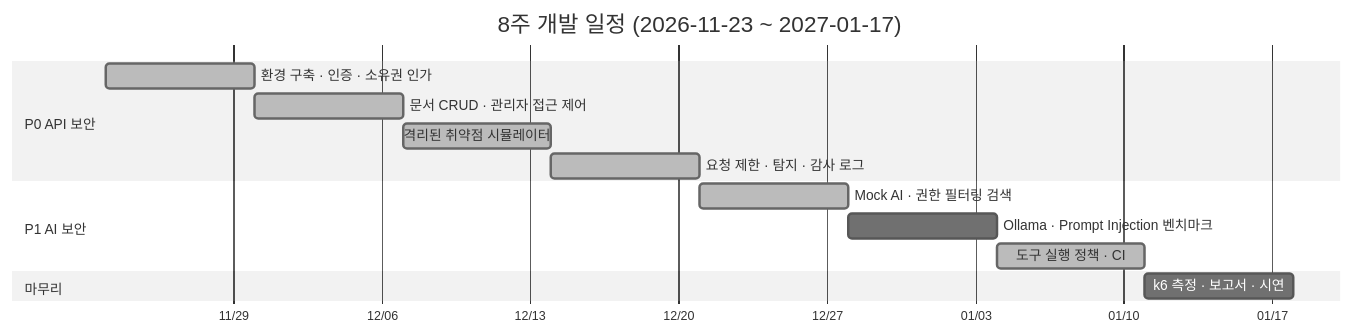
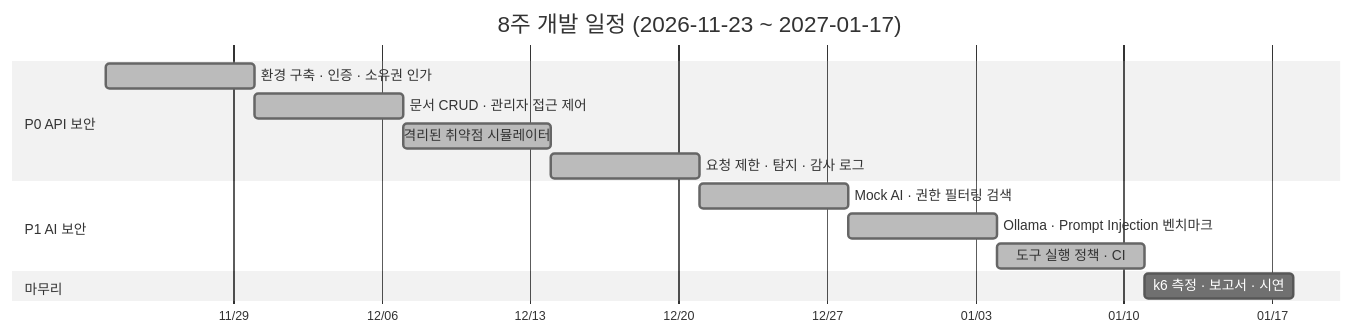
Before and after one commit to Ohhaeseo/securelab-ai: the second of 2 diagrams in README.md, drawn with Mermaid (neutral theme). The commit also changed other lines of this file and 10 other files, not shown here.

First line of the commit message:
6주차 완료: AI-01 간접 Prompt Injection 실측, ADR-0006

````diff
--- a/README.md
+++ b/README.md
@@ -208,17 +215,17 @@
 ```mermaid
 gantt
   title 8주 개발 일정 (2026-11-23 ~ 2027-01-17)
   dateFormat YYYY-MM-DD
   axisFormat %m/%d
   section P0 API 보안
   환경 구축 · 인증 · 소유권 인가   :done, w1, 2026-11-23, 7d
   문서 CRUD · 관리자 접근 제어     :done, w2, after w1, 7d
   격리된 취약점 시뮬레이터          :done, w3, after w2, 7d
   요청 제한 · 탐지 · 감사 로그      :done, w4, after w3, 7d
   section P1 AI 보안
   Mock AI · 권한 필터링 검색       :done, w5, after w4, 7d
-  Ollama · Prompt Injection 벤치마크 :w6, after w5, 7d
+  Ollama · Prompt Injection 벤치마크 :done, w6, after w5, 7d
   도구 실행 정책 · CI              :done, w7, after w6, 7d
   section 마무리
   k6 측정 · 보고서 · 시연          :w8, after w7, 7d
 ```
````
